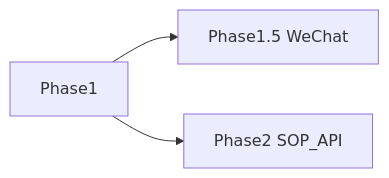
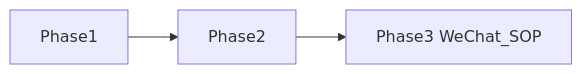
One commit to zmisi/rag-as-service changed the diagram in docs/specs/01-phase-list.md. Above: the diagram before and after it, drawn with Mermaid. The commit also changed other lines of this file and 14 other files, not shown here.

````diff
--- a/docs/specs/01-phase-list.md
+++ b/docs/specs/01-phase-list.md
@@ -11,5 +11,5 @@
 ```mermaid
 flowchart LR
-  P1[Phase1] --> P15[Phase1.5 WeChat]
-  P1 --> P2[Phase2 SOP_API]
+  P1[Phase1] --> P2[Phase2]
+  P2 --> P3[Phase3 WeChat_SOP]
 ```
````
